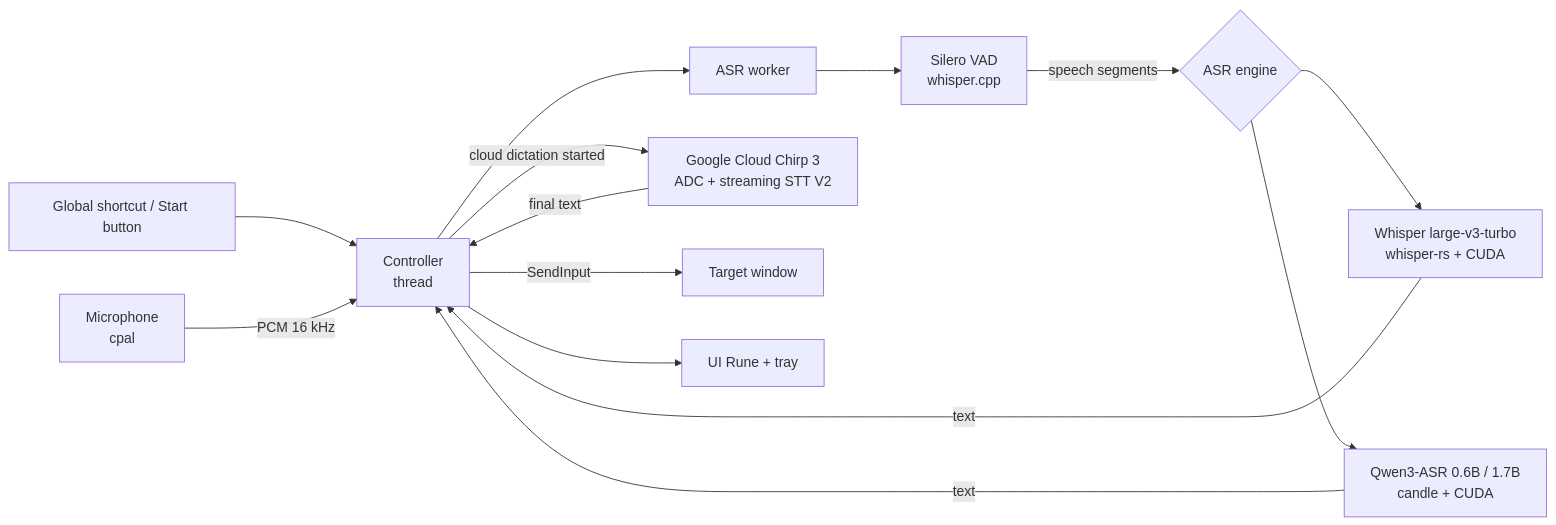
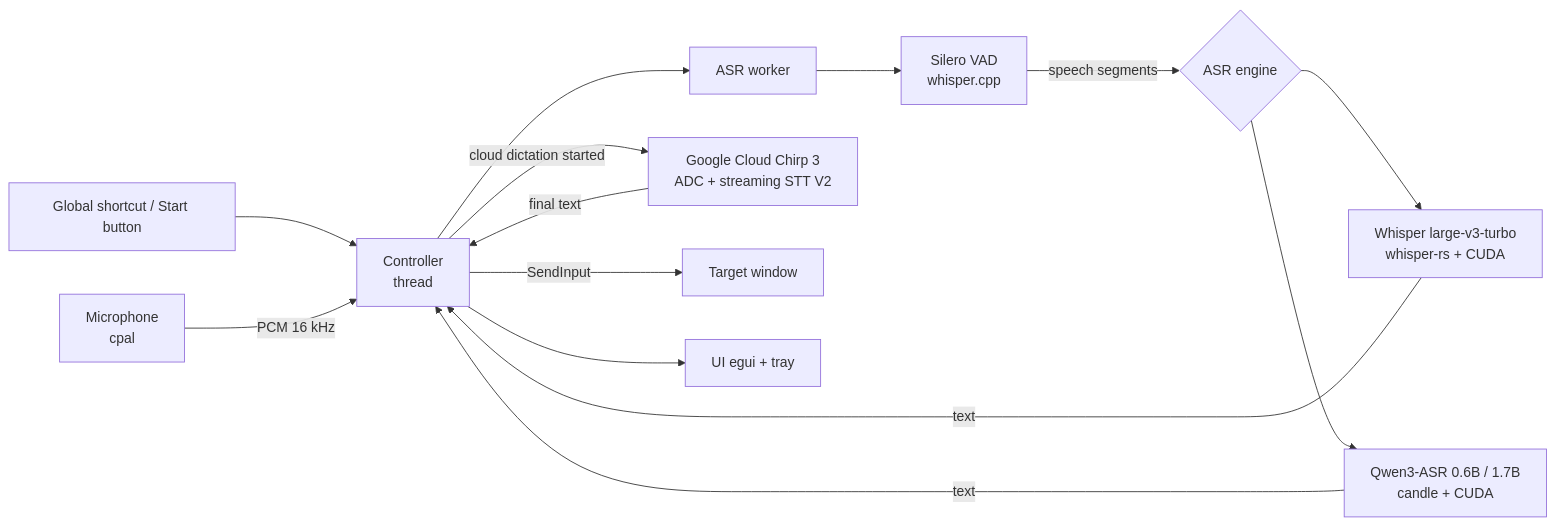
One commit to fimln/fi-whisper changed the diagram in README.md. Above: the diagram before and after it, drawn with Mermaid. The commit also changed 12 other files, not shown here.

Commit message:
Revert Rune migration and restore egui UI

````diff
--- a/README.md
+++ b/README.md
@@ -35,15 +35,15 @@
 ```mermaid
 flowchart LR
     K[Global shortcut / Start button] --> C[Controller<br/>thread]
     M[Microphone<br/>cpal] -->|PCM 16 kHz| C
     C --> W[ASR worker]
     C -->|cloud dictation started| G[Google Cloud Chirp 3<br/>ADC + streaming STT V2]
     G -->|final text| C
     W --> V[Silero VAD<br/>whisper.cpp]
     V -->|speech segments| E{ASR engine}
     E --> WH[Whisper large-v3-turbo<br/>whisper-rs + CUDA]
     E --> Q[Qwen3-ASR 0.6B / 1.7B<br/>candle + CUDA]
     WH & Q -->|text| C
     C -->|SendInput| T[Target window]
-    C --> UI[UI Rune + tray]
+    C --> UI[UI egui + tray]
 ```
````
